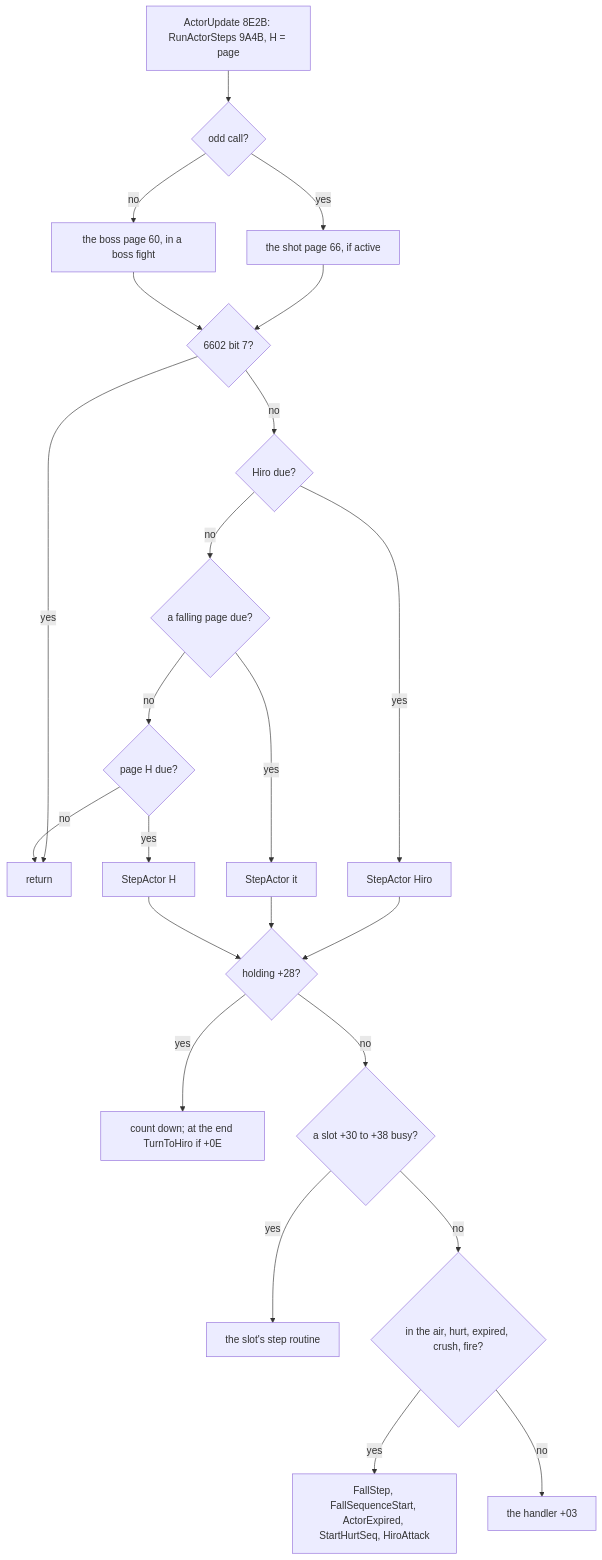
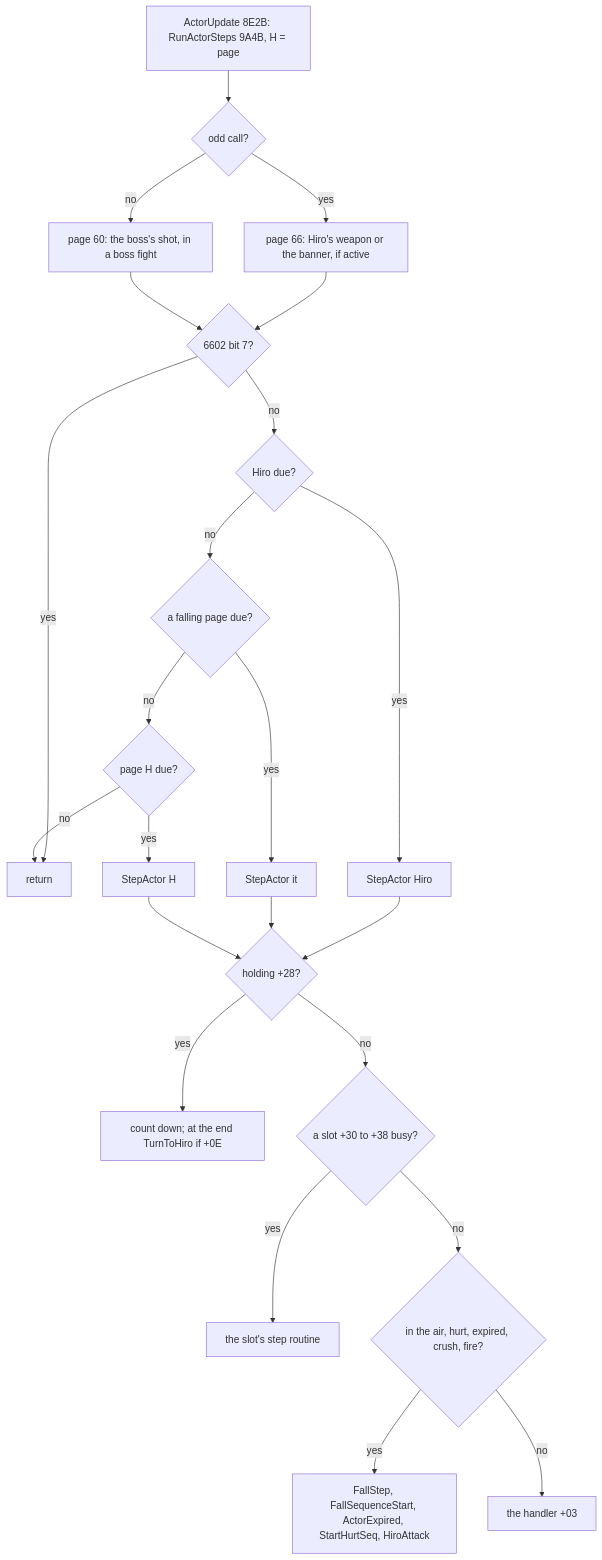
One commit to alfishe/unrealng-reverse-cases changed the eighth of 17 diagrams in games/switchblade/docs/07-objects.md. Above: the diagram before and after it, drawn with Mermaid. The commit also changed other lines of this file and 54 other files, not shown here.

````diff
--- a/games/switchblade/docs/07-objects.md
+++ b/games/switchblade/docs/07-objects.md
@@ -1179,25 +1293,25 @@
 ```mermaid
 flowchart TD
     A["ActorUpdate 8E2B: RunActorSteps 9A4B, H = page"] --> B{"odd call?"}
-    B -- yes --> C["the shot page 66, if active"]
-    B -- no --> D["the boss page 60, in a boss fight"]
+    B -- yes --> C["page 66: Hiro's weapon or the banner, if active"]
+    B -- no --> D["page 60: the boss's shot, in a boss fight"]
     C --> E{"6602 bit 7?"}
     D --> E
     E -- yes --> R["return"]
     E -- no --> F{"Hiro due?"}
     F -- yes --> S["StepActor Hiro"]
     F -- no --> G{"a falling page due?"}
     G -- yes --> S2["StepActor it"]
     G -- no --> H{"page H due?"}
     H -- yes --> S3["StepActor H"]
     H -- no --> R
     S --> T{"holding +28?"}
     S2 --> T
     S3 --> T
     T -- yes --> U["count down; at the end TurnToHiro if +0E"]
     T -- no --> V{"a slot +30 to +38 busy?"}
     V -- yes --> W["the slot's step routine"]
     V -- no --> X{"in the air, hurt, expired, crush, fire?"}
     X -- yes --> Y["FallStep, FallSequenceStart, ActorExpired, StartHurtSeq, HiroAttack"]
     X -- no --> Z["the handler +03"]
 ```
````
